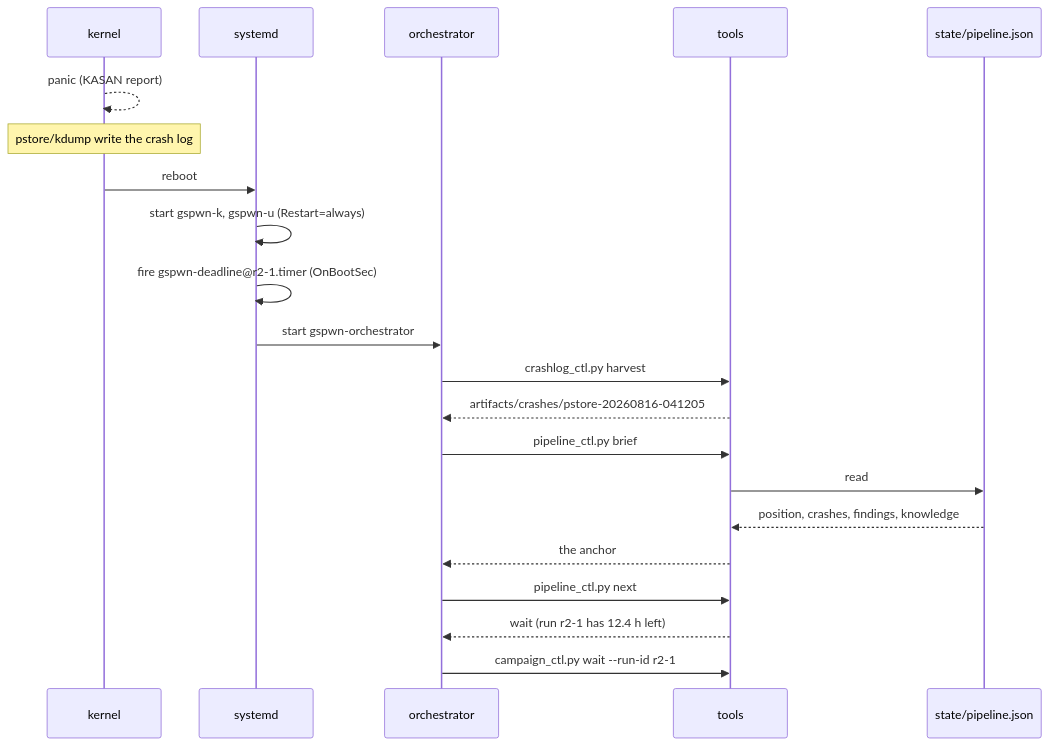
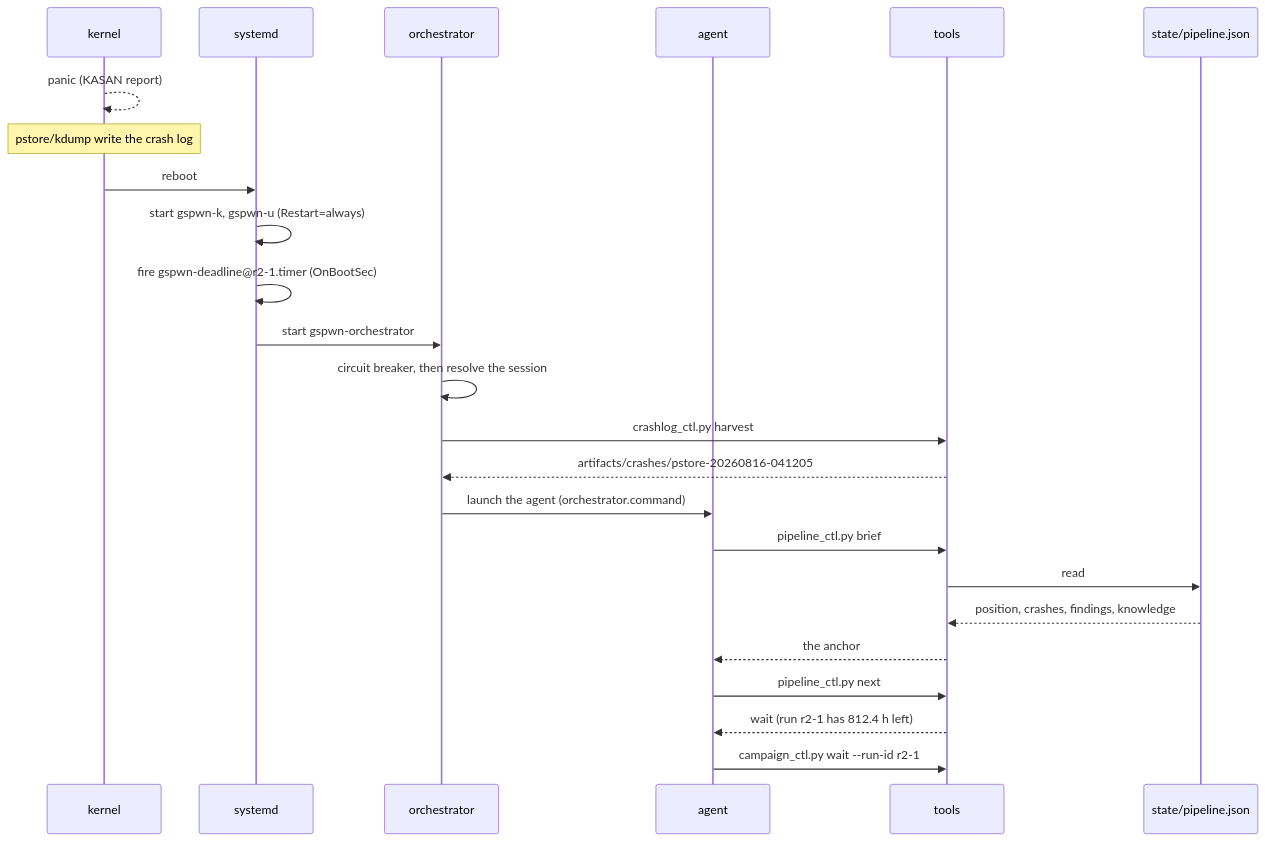
One commit to Indspl0it/gspwn changed the diagram in docs/src/content/docs/guides/long-running-campaigns.md. Above: the diagram before and after it, drawn with Mermaid. The commit also changed other lines of this file and 129 other files, not shown here.

````diff
--- a/docs/src/content/docs/guides/long-running-campaigns.md
+++ b/docs/src/content/docs/guides/long-running-campaigns.md
@@ -104,24 +103,27 @@
 ```mermaid
 sequenceDiagram
   participant K as kernel
   participant SD as systemd
   participant O as orchestrator
+  participant A as agent
   participant T as tools
   participant S as state/pipeline.json
 
   K-->>K: panic (KASAN report)
   Note over K: pstore/kdump write the crash log
   K->>SD: reboot
   SD->>SD: start gspwn-k, gspwn-u (Restart=always)
   SD->>SD: fire gspwn-deadline@r2-1.timer (OnBootSec)
   SD->>O: start gspwn-orchestrator
+  O->>O: circuit breaker, then resolve the session
   O->>T: crashlog_ctl.py harvest
   T-->>O: artifacts/crashes/pstore-20260816-041205
-  O->>T: pipeline_ctl.py brief
+  O->>A: launch the agent (orchestrator.command)
+  A->>T: pipeline_ctl.py brief
   T->>S: read
   S-->>T: position, crashes, findings, knowledge
-  T-->>O: the anchor
-  O->>T: pipeline_ctl.py next
-  T-->>O: wait (run r2-1 has 12.4 h left)
-  O->>T: campaign_ctl.py wait --run-id r2-1
+  T-->>A: the anchor
+  A->>T: pipeline_ctl.py next
+  T-->>A: wait (run r2-1 has 812.4 h left)
+  A->>T: campaign_ctl.py wait --run-id r2-1
 ```
````
